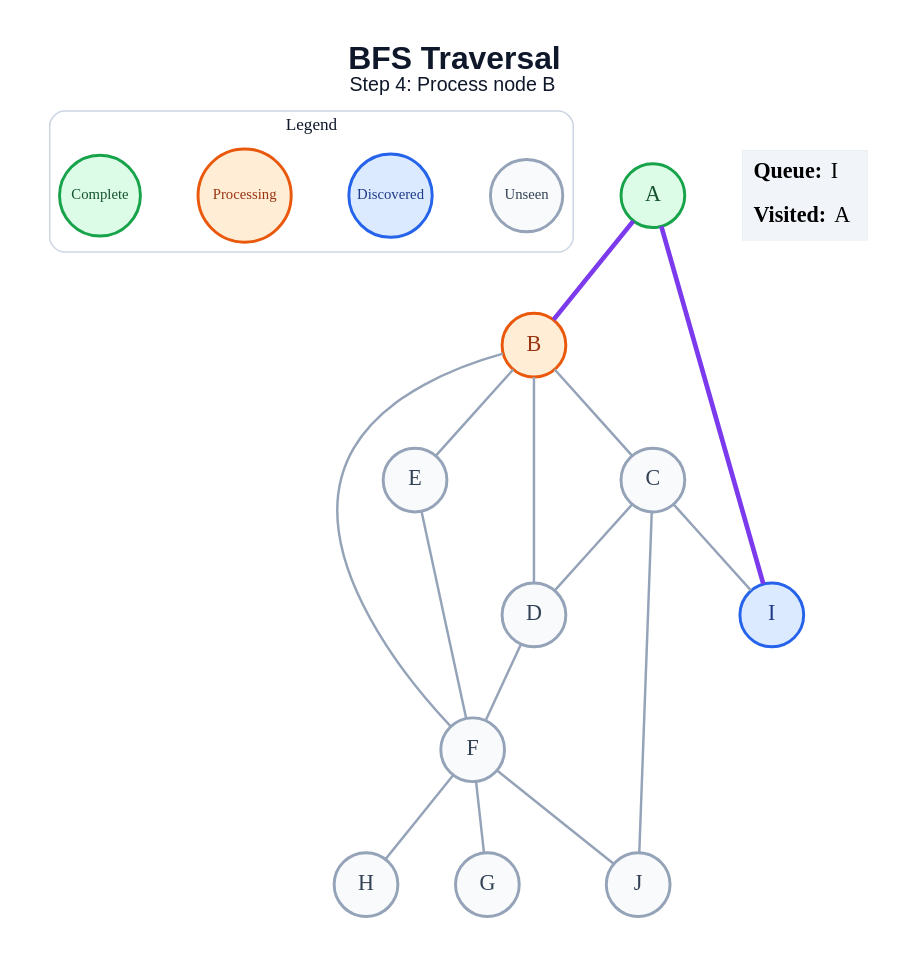
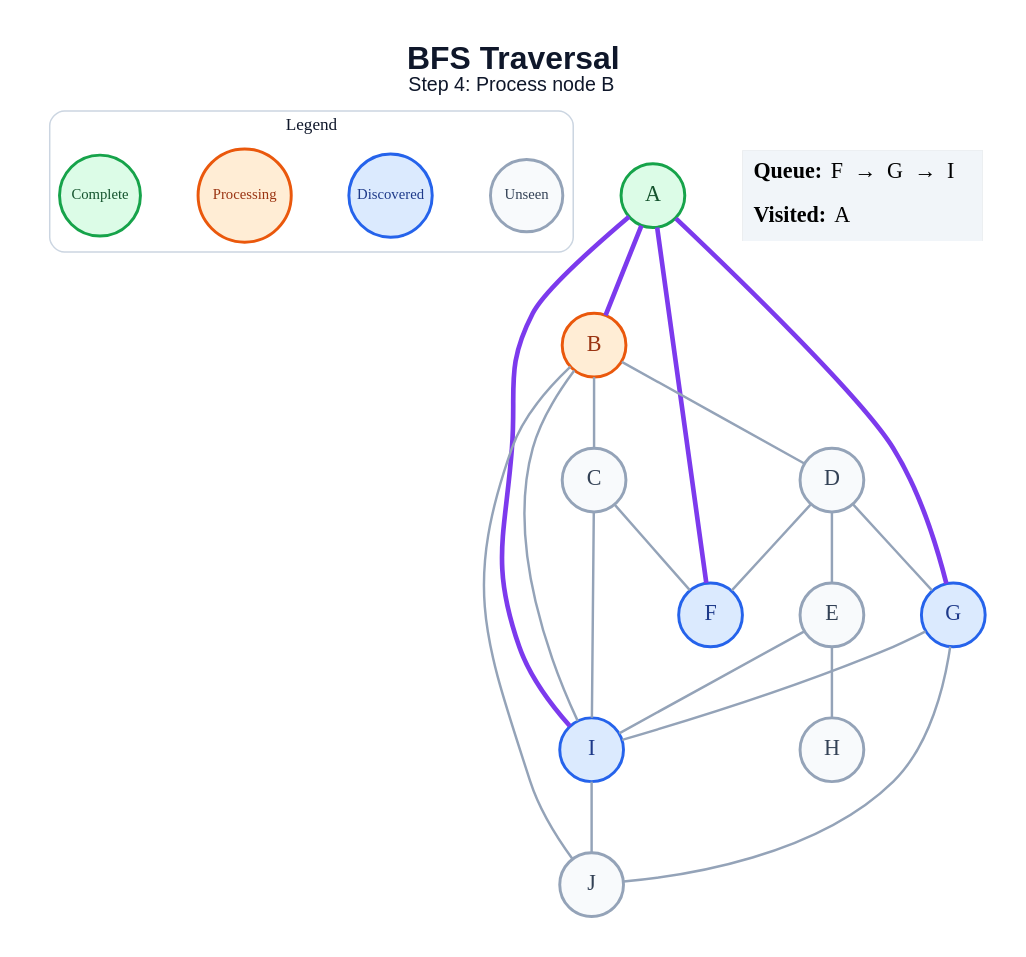
One commit to anon7238593-create/ai-slop changed the diagram in generated/bfs/step_04.dot. Above: the diagram before and after it, drawn with Graphviz. The commit also changed 178 other files, not shown here.

```diff
--- a/generated/bfs/step_04.dot
+++ b/generated/bfs/step_04.dot
@@ -1,43 +1,47 @@
 graph traversal {
   graph [layout=dot, rankdir=TB, bgcolor="#FFFFFF", pad="0.35", nodesep="0.65", ranksep="0.8", fontname="Arial"];
   node [shape=circle, style="filled", fontname="Arial Bold", fontsize=18, width=0.72, fixedsize=true, penwidth=2.4];
   edge [color="#94A3B8", penwidth=2.0];
   label=<<B>BFS Traversal</B><BR/><FONT POINT-SIZE="16">Step 4: Process node B</FONT>>; labelloc="t"; fontsize=26; fontname="Arial"; fontcolor="#0F172A";
   subgraph cluster_legend { label="Legend"; color="#CBD5E1"; penwidth=1.2; style="rounded"; fontsize=14; fontname="Arial Bold";
     key_unseen [label="Unseen", fillcolor="#F8FAFC", color="#94A3B8", fontcolor="#334155", fontsize=12, width=0.82];
     key_frontier [label="Discovered", fillcolor="#DBEAFE", color="#2563EB", fontcolor="#1E3A8A", fontsize=12, width=0.95];
     key_current [label="Processing", fillcolor="#FFEDD5", color="#EA580C", fontcolor="#9A3412", fontsize=12, width=1.05];
     key_done [label="Complete", fillcolor="#DCFCE7", color="#16A34A", fontcolor="#14532D", fontsize=12, width=0.92];
     { rank=same; key_unseen; key_frontier; key_current; key_done; }
   }
   A [fillcolor="#DCFCE7", color="#16A34A", fontcolor="#14532D"];
   B [fillcolor="#FFEDD5", color="#EA580C", fontcolor="#9A3412"];
   C [fillcolor="#F8FAFC", color="#94A3B8", fontcolor="#334155"];
   D [fillcolor="#F8FAFC", color="#94A3B8", fontcolor="#334155"];
   E [fillcolor="#F8FAFC", color="#94A3B8", fontcolor="#334155"];
-  F [fillcolor="#F8FAFC", color="#94A3B8", fontcolor="#334155"];
-  G [fillcolor="#F8FAFC", color="#94A3B8", fontcolor="#334155"];
+  F [fillcolor="#DBEAFE", color="#2563EB", fontcolor="#1E3A8A"];
+  G [fillcolor="#DBEAFE", color="#2563EB", fontcolor="#1E3A8A"];
   H [fillcolor="#F8FAFC", color="#94A3B8", fontcolor="#334155"];
   I [fillcolor="#DBEAFE", color="#2563EB", fontcolor="#1E3A8A"];
   J [fillcolor="#F8FAFC", color="#94A3B8", fontcolor="#334155"];
   A -- B [color="#7C3AED", penwidth=3.8];
+  A -- F [color="#7C3AED", penwidth=3.8];
+  A -- G [color="#7C3AED", penwidth=3.8];
   A -- I [color="#7C3AED", penwidth=3.8];
   B -- C;
   B -- D;
-  B -- E;
-  B -- F;
-  C -- D;
+  B -- I;
+  B -- J;
+  C -- F;
   C -- I;
-  C -- J;
+  D -- E;
   D -- F;
-  E -- F;
-  F -- G;
-  F -- H;
-  F -- J;
+  D -- G;
+  E -- H;
+  E -- I;
+  G -- I;
+  G -- J;
+  I -- J;
   status [shape=plain, fixedsize=false, width=0, height=0, margin=0, label=<
     <TABLE BORDER="0" CELLBORDER="0" CELLPADDING="7" BGCOLOR="#F1F5F9">
-      <TR><TD ALIGN="LEFT"><B>Queue:</B> I</TD></TR>
+      <TR><TD ALIGN="LEFT"><B>Queue:</B> F  →  G  →  I</TD></TR>
       <TR><TD ALIGN="LEFT"><B>Visited:</B> A</TD></TR>
     </TABLE>
   >];
 }
```
